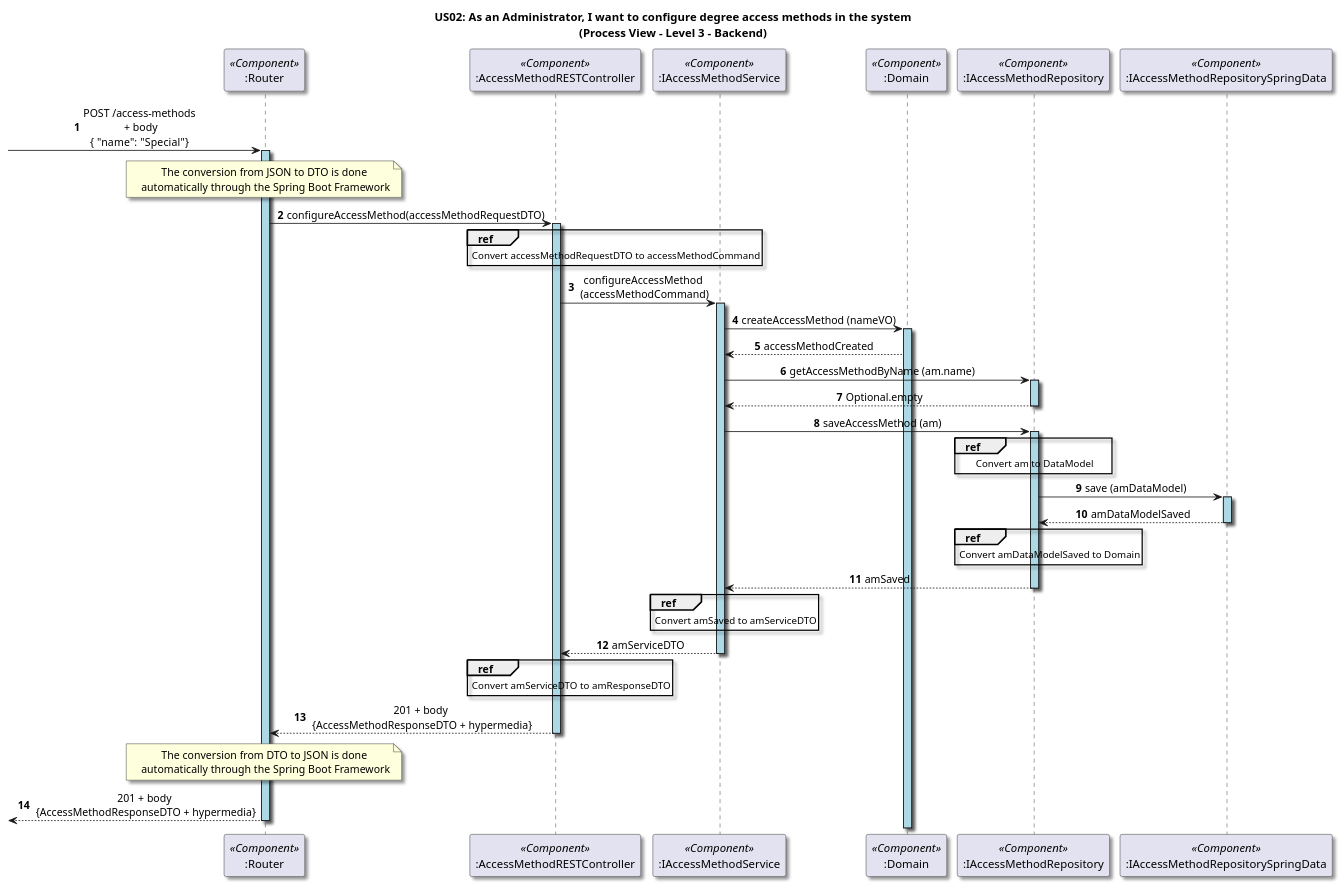
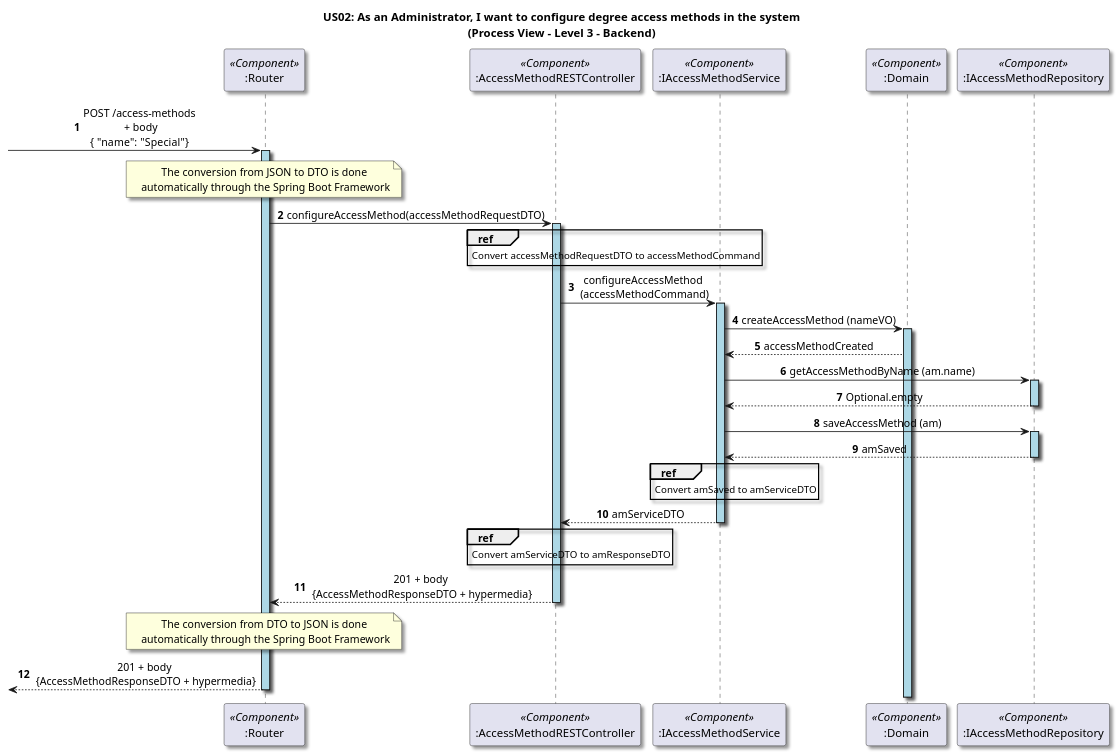
Before and after one commit to GasparISEP/DevOps-PAI: the diagram in docs/US02/Sprint6_RestAPI/ProcessView/Level3.puml, drawn with PlantUML.

Commit message:
feat(diagrams): simplify Level3 Process View by removing redundant repository interactions (#696)

```diff
--- a/docs/US02/Sprint6_RestAPI/ProcessView/Level3.puml
+++ b/docs/US02/Sprint6_RestAPI/ProcessView/Level3.puml
@@ -1,88 +1,68 @@
 @startuml
 
 title US02: As an Administrator, I want to configure degree access methods in the system\n(Process View - Level 3 - Backend)
 
 skinparam defaultTextAlignment center
 skinparam shadowing true
 
 
 autonumber
 participant ":Router" as router <<Component>>
 -> router:  POST /access-methods\n + body\n{  "name": "Special"}
 activate router #LightBlue
 note over router: The conversion from JSON to DTO is done\n automatically through the Spring Boot Framework
 
 participant ":AccessMethodRESTController" as Controller <<Component>>
 router -> Controller: configureAccessMethod(accessMethodRequestDTO)
 activate Controller #LightBlue
 
 ref over Controller
     Convert accessMethodRequestDTO to accessMethodCommand
 end
 
 participant ":IAccessMethodService" as Service <<Component>>
 Controller -> Service: configureAccessMethod\n (accessMethodCommand)
 activate Service #LightBlue
 
 
 participant ":Domain" as Domain <<Component>>
 Service -> Domain: createAccessMethod (nameVO)
 
 activate Domain #LightBlue
 
 Domain --> Service: accessMethodCreated
 
 
 participant ":IAccessMethodRepository" as Repository <<Component>>
 Service -> Repository: getAccessMethodByName (am.name)
 activate Repository #LightBlue 
 Repository --> Service: Optional.empty
 deactivate Repository
 
 Service -> Repository: saveAccessMethod (am)
 activate Repository #LightBlue 
 
-ref over Repository
-    Convert am to DataModel
-end
-
-
-
-
-participant ":IAccessMethodRepositorySpringData" as springDataRepository <<Component>>
-Repository -> springDataRepository: save (amDataModel)
-activate springDataRepository #LightBlue
-springDataRepository --> Repository : amDataModelSaved
-deactivate springDataRepository
-
-
-
-ref over Repository
-    Convert amDataModelSaved to Domain
-end
-
 Repository --> Service: amSaved
 deactivate Repository
-
 
 ref over Service
     Convert amSaved to amServiceDTO
 end
 
 Service --> Controller: amServiceDTO
 
 deactivate Service
 
 ref over Controller
     Convert amServiceDTO to amResponseDTO
 end
 
 Controller --> router: 201 + body\n {AccessMethodResponseDTO + hypermedia}
 deactivate Controller
 
 note over router: The conversion from DTO to JSON is done\n automatically through the Spring Boot Framework
 
 <-- router: 201 + body\n {AccessMethodResponseDTO + hypermedia}
 deactivate router
 
 @enduml
```
